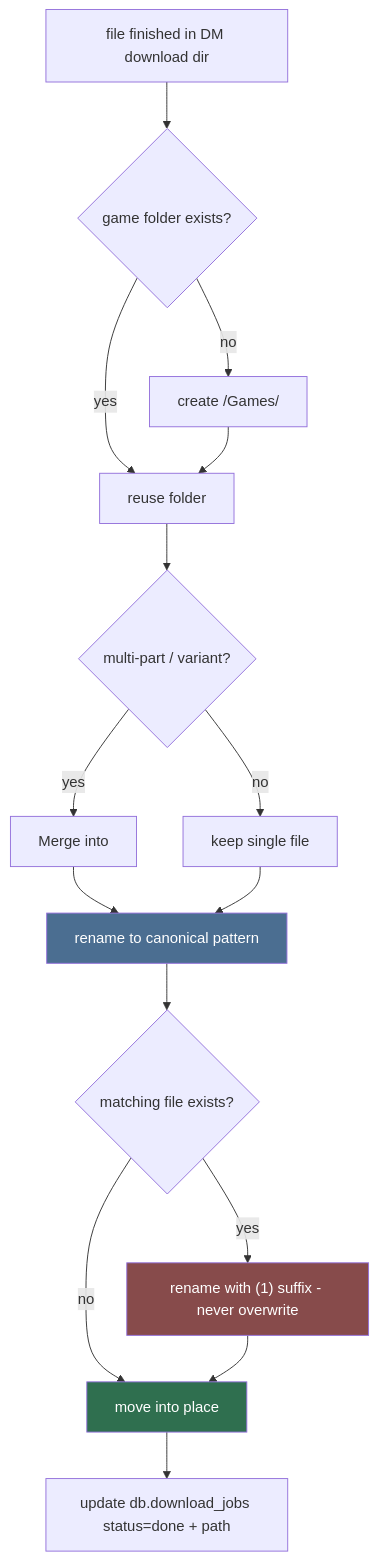
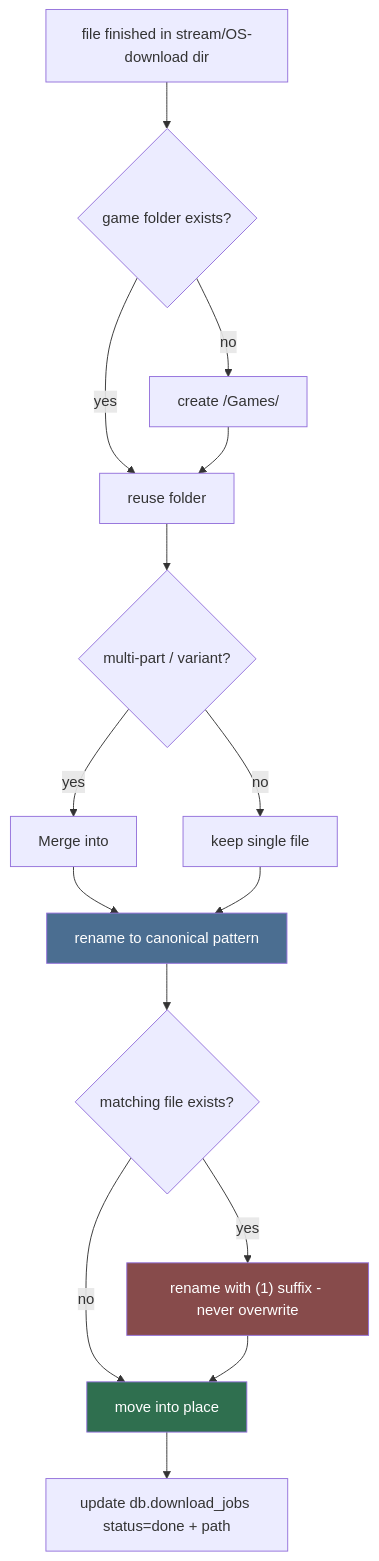
Before and after one commit to HELIX-Origin/LewdZone-Launcher: the diagram in .agents/agents/dm/folder-organizer/folder-organizer.md, drawn with Mermaid. The commit also changed other lines of this file and 45 other files, not shown here.

````diff
--- a/.agents/agents/dm/folder-organizer/folder-organizer.md
+++ b/.agents/agents/dm/folder-organizer/folder-organizer.md
@@ -19,21 +20,21 @@
 ```mermaid
 flowchart TD
-    A[file finished in DM download dir] --> B{game folder exists?}
+    A[file finished in stream/OS-download dir] --> B{game folder exists?}
     B -- no --> C["create <Root>/Games/<Title>/"]
     B -- yes --> D[reuse folder]
     C --> D
     D --> E{multi-part / variant?}
     E -- yes --> F["Merge into <Title>/_parts/ or suffix label"]
     E -- no --> G[keep single file]
     F --> H[rename to canonical pattern]
     G --> H
     H --> I{matching file exists?}
     I -- yes --> J["rename with (1) suffix - never overwrite"]
     I -- no --> K[move into place]
     J --> K
     K --> L["update db.download_jobs status=done + path"]
 
     style H fill:#4b6e91,color:#fff
     style J fill:#874b4b,color:#fff
     style K fill:#2f6f4f,color:#fff
 ```
````
